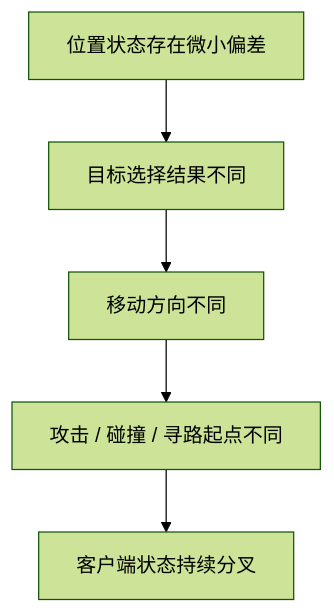
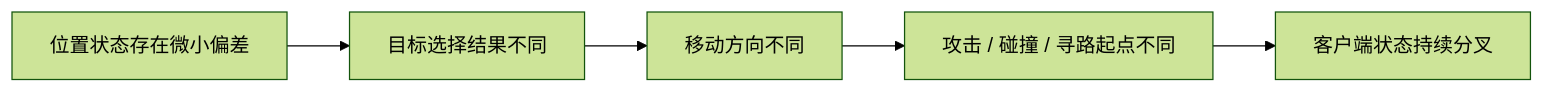
The second of 5 diagrams in 帧同步技术分享/slidev/slides.md (boomlulu/knowledge-share), drawn with Mermaid (forest theme) before and after one commit. The commit also changed other lines of this file and 1 other file, not shown here.

````diff
--- a/帧同步技术分享/slidev/slides.md
+++ b/帧同步技术分享/slidev/slides.md
@@ -420,7 +422,7 @@
 ```mermaid
-flowchart TD
+flowchart LR
   P1["位置状态存在微小偏差"] --> P2["目标选择结果不同"]
   P2 --> P3["移动方向不同"]
   P3 --> P4["攻击 / 碰撞 / 寻路起点不同"]
   P4 --> P5["客户端状态持续分叉"]
 ```
````
